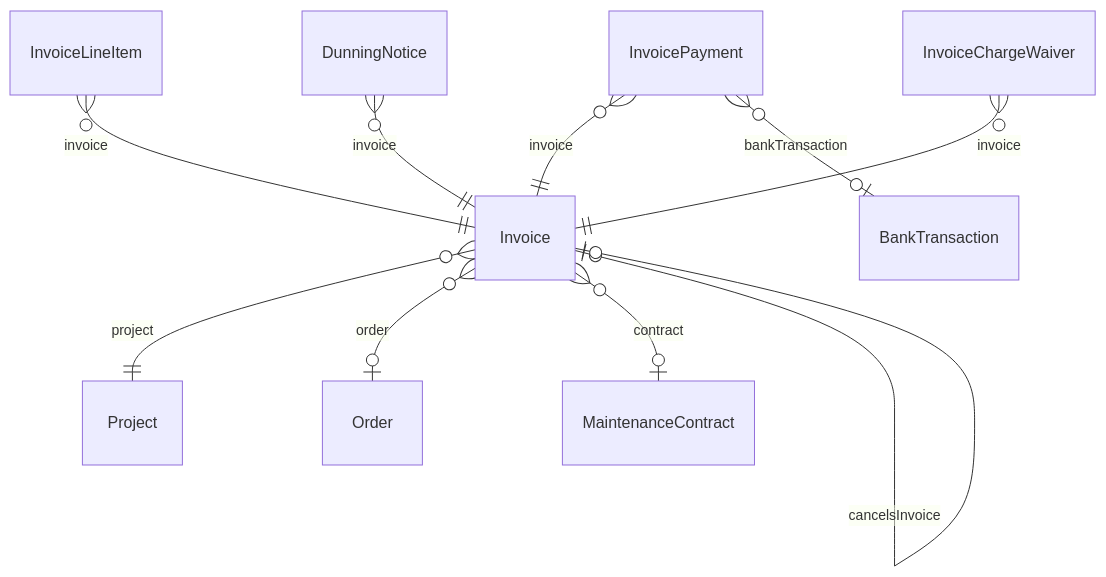
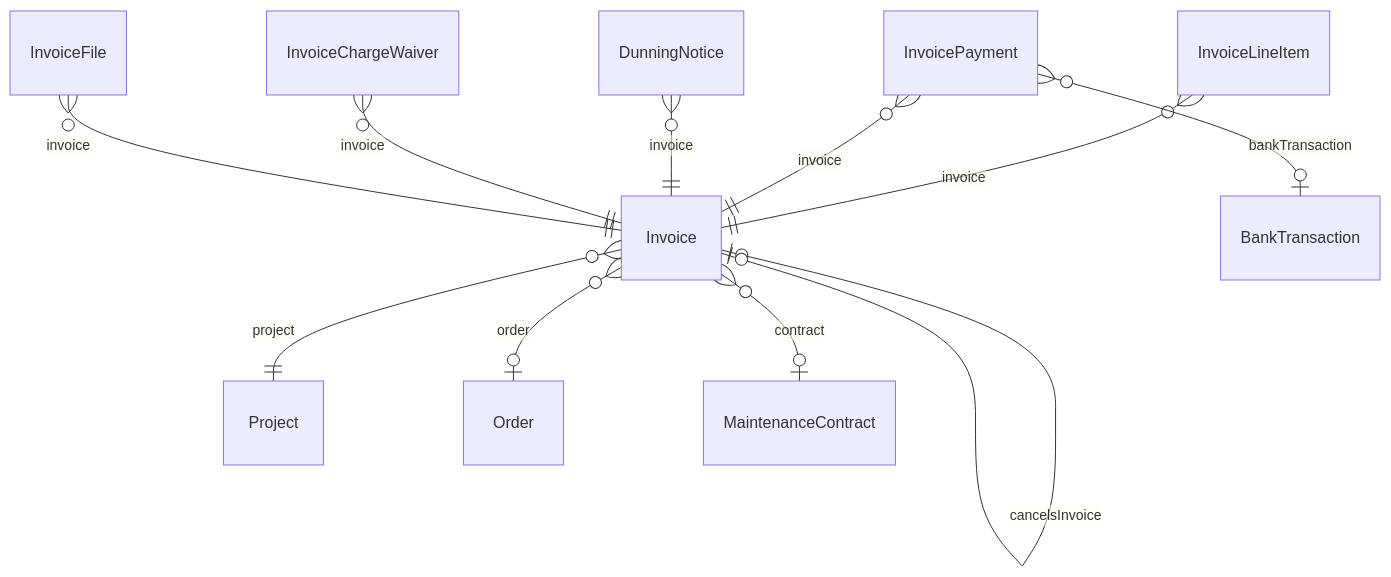
One commit to TinAtCode/GalaAi2.0 changed the eighth of 13 diagrams in DATENMODELL.md. Above: the diagram before and after it, drawn with Mermaid. The commit also changed other lines of this file and 12 other files, not shown here.

````diff
--- a/DATENMODELL.md
+++ b/DATENMODELL.md
@@ -1049,12 +1049,13 @@
 ```mermaid
 erDiagram
   Invoice }o--|| Project : "project"
   Invoice }o--o| Order : "order"
   Invoice }o--o| MaintenanceContract : "contract"
   Invoice |o--o| Invoice : "cancelsInvoice"
   InvoiceLineItem }o--|| Invoice : "invoice"
   InvoicePayment }o--|| Invoice : "invoice"
   InvoicePayment }o--o| BankTransaction : "bankTransaction"
   DunningNotice }o--|| Invoice : "invoice"
   InvoiceChargeWaiver }o--|| Invoice : "invoice"
+  InvoiceFile }o--|| Invoice : "invoice"
 ```
````
